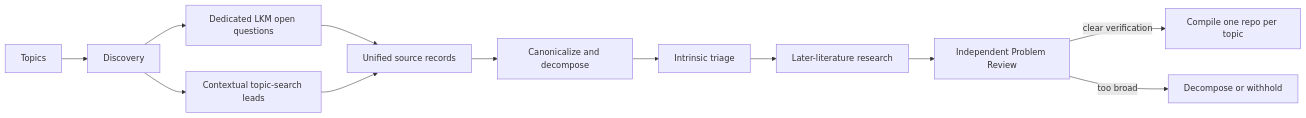
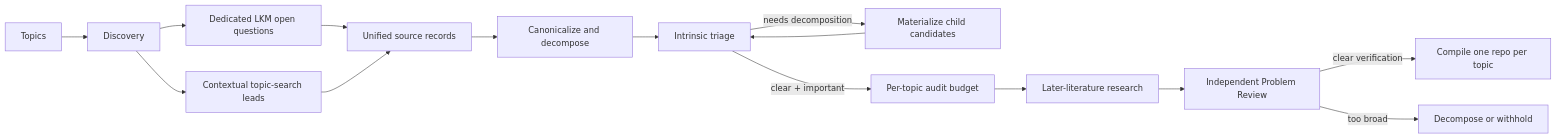
Before and after one commit to kunyuan/open-research-discovery: the diagram in docs/discovery-pipeline.md, drawn with Mermaid. The commit also changed other lines of this file and 11 other files, not shown here.

````diff
--- a/docs/discovery-pipeline.md
+++ b/docs/discovery-pipeline.md
@@ -8,14 +8,17 @@
 ```mermaid
 flowchart LR
     T["Topics"] --> D["Discovery"]
     D --> L["Dedicated LKM open questions"]
     D --> Q["Contextual topic-search leads"]
     L --> U["Unified source records"]
     Q --> U
     U --> C["Canonicalize and decompose"]
     C --> I["Intrinsic triage"]
-    I --> R["Later-literature research"]
+    I -->|"needs decomposition"| S["Materialize child candidates"]
+    S --> I
+    I -->|"clear + important"| B["Per-topic audit budget"]
+    B --> R["Later-literature research"]
     R --> V["Independent Problem Review"]
     V -->|"clear verification"| G["Compile one repo per topic"]
     V -->|"too broad"| X["Decompose or withhold"]
 ```
````
